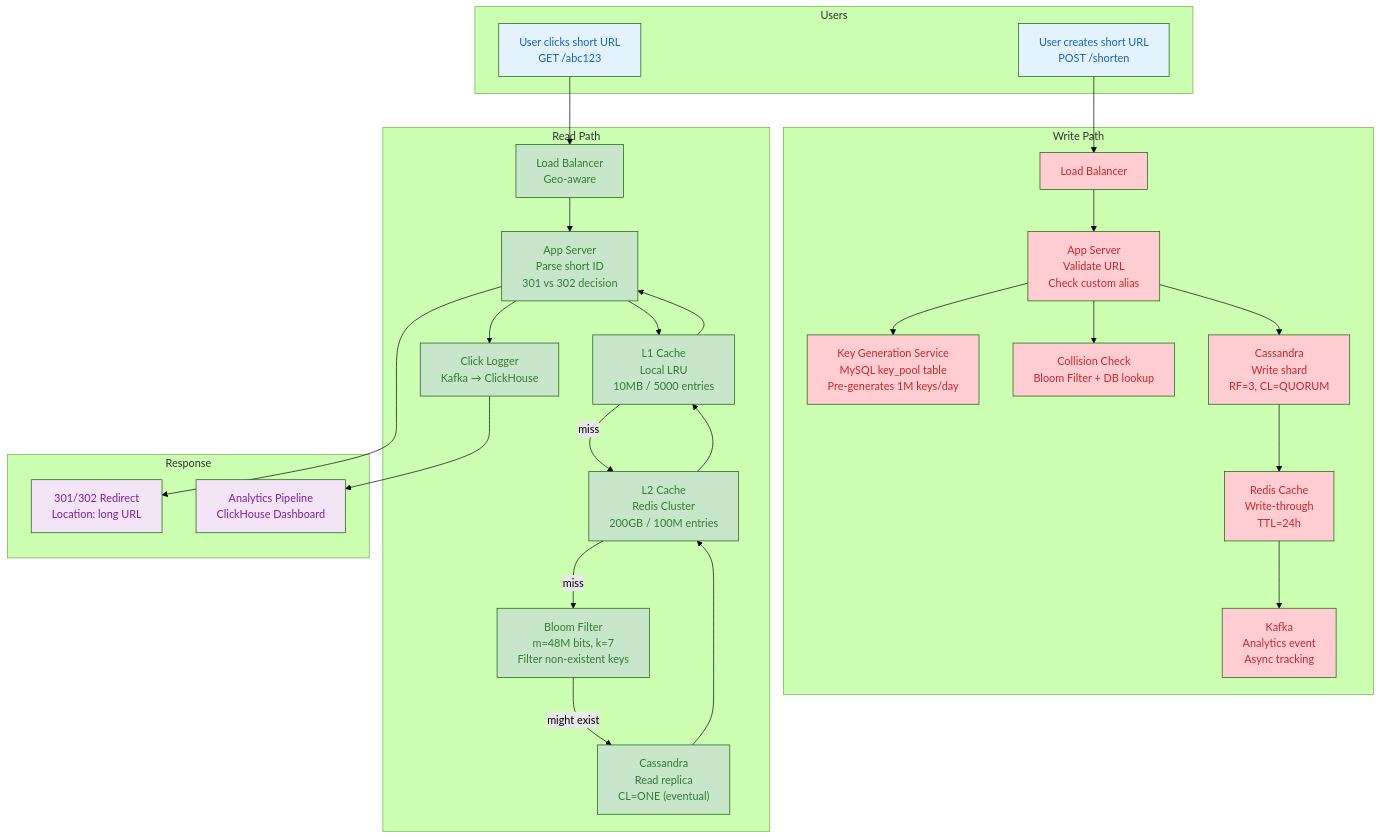
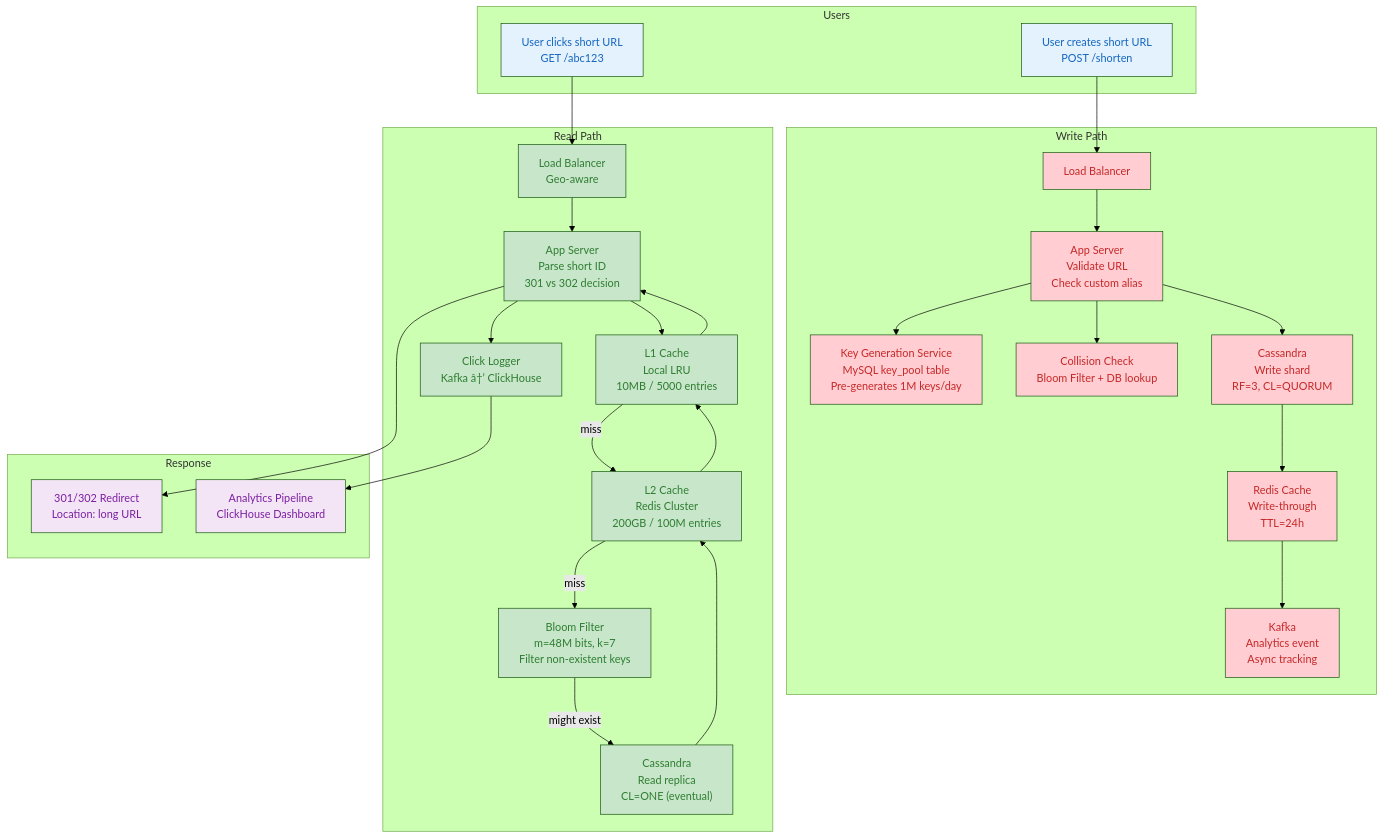
Before and after one commit to Raushan666java/ai-engineering-journey: the third of 3 diagrams in docs/courses/system-design/18-case-studies-classic.md, drawn with Mermaid (forest theme). The commit also changed other lines of this file and 735 other files, not shown here.

````diff
--- a/docs/courses/system-design/18-case-studies-classic.md
+++ b/docs/courses/system-design/18-case-studies-classic.md
@@ -1243,61 +1243,61 @@
 ```mermaid
 flowchart TB
     subgraph USERS["Users"]
         USER_CREATE["User creates short URL<br/>POST /shorten"]
         USER_CLICK["User clicks short URL<br/>GET /abc123"]
     end
 
     subgraph WRITE_PATH["Write Path"]
         LB_W["Load Balancer"]
         APP_W["App Server<br/>Validate URL<br/>Check custom alias"]
         KGS["Key Generation Service<br/>MySQL key_pool table<br/>Pre-generates 1M keys/day"]
         COLLISION["Collision Check<br/>Bloom Filter + DB lookup"]
         CASSANDRA_W["Cassandra<br/>Write shard<br/>RF=3, CL=QUORUM"]
         REDIS_W["Redis Cache<br/>Write-through<br/>TTL=24h"]
         ANALYTICS_QUEUE["Kafka<br/>Analytics event<br/>Async tracking"]
     end
 
     subgraph READ_PATH["Read Path"]
         LB_R["Load Balancer<br/>Geo-aware"]
         APP_R["App Server<br/>Parse short ID<br/>301 vs 302 decision"]
         L1_CACHE["L1 Cache<br/>Local LRU<br/>10MB / 5000 entries"]
         L2_CACHE["L2 Cache<br/>Redis Cluster<br/>200GB / 100M entries"]
         BLOOM_FILTER["Bloom Filter<br/>m=48M bits, k=7<br/>Filter non-existent keys"]
         CASSANDRA_R["Cassandra<br/>Read replica<br/>CL=ONE (eventual)"]
-        LOG_CLICK["Click Logger<br/>Kafka → ClickHouse"]
+        LOG_CLICK["Click Logger<br/>Kafka â†’ ClickHouse"]
     end
 
     subgraph RESPONSE["Response"]
         REDIRECT["301/302 Redirect<br/>Location: long URL"]
         ANALYTICS["Analytics Pipeline<br/>ClickHouse Dashboard"]
     end
 
     USER_CREATE --> LB_W --> APP_W
     APP_W --> KGS
     APP_W --> COLLISION
     APP_W --> CASSANDRA_W
     CASSANDRA_W --> REDIS_W
     REDIS_W --> ANALYTICS_QUEUE
 
     USER_CLICK --> LB_R --> APP_R
     APP_R --> L1_CACHE
     L1_CACHE -->|"miss"| L2_CACHE
     L2_CACHE -->|"miss"| BLOOM_FILTER
     BLOOM_FILTER -->|"might exist"| CASSANDRA_R
     CASSANDRA_R --> L2_CACHE
     L2_CACHE --> L1_CACHE
     L1_CACHE --> APP_R
     APP_R --> REDIRECT
     APP_R --> LOG_CLICK
     LOG_CLICK --> ANALYTICS
 
     classDef user fill:#E3F2FD,color:#1565C0
     classDef write fill:#FFCDD2,color:#C62828
     classDef read fill:#C8E6C9,color:#2E7D32
     classDef cache fill:#FFF3E0,color:#E65100
     classDef resp fill:#F3E5F5,color:#7B1FA2
     class USER_CREATE,USER_CLICK user
     class LB_W,APP_W,KGS,COLLISION,CASSANDRA_W,REDIS_W,ANALYTICS_QUEUE write
     class LB_R,APP_R,L1_CACHE,L2_CACHE,BLOOM_FILTER,CASSANDRA_R,LOG_CLICK read
     class REDIRECT,ANALYTICS resp
 ```
````
